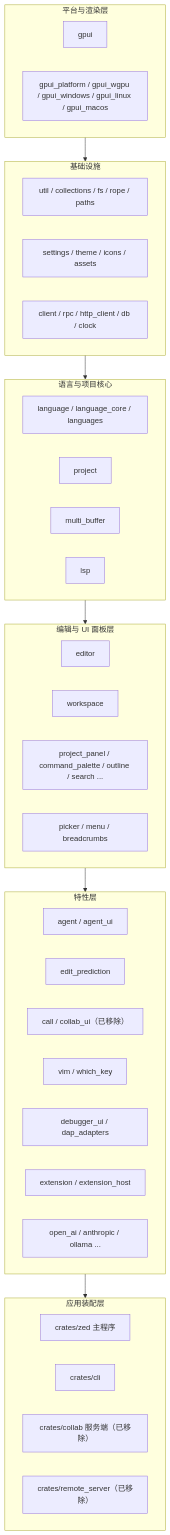
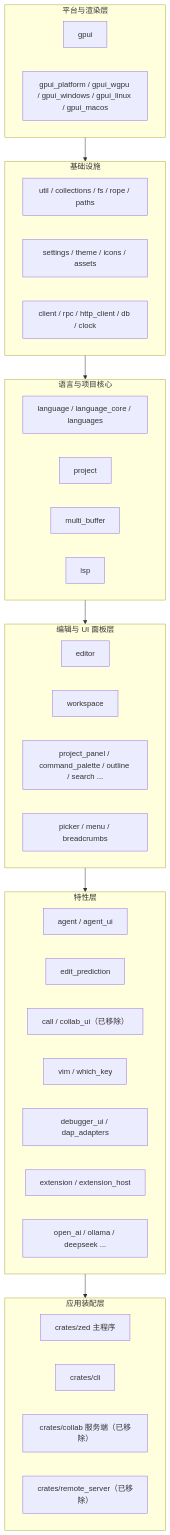
The diagram in wiki/Architecture.md (rzhangjing/zed), drawn with Mermaid before and after one commit. The commit also changed other lines of this file and 270 other files, not shown here.

````diff
--- a/wiki/Architecture.md
+++ b/wiki/Architecture.md
@@ -7,41 +7,41 @@
 ```mermaid
 graph TB
     subgraph L6[应用装配层]
         ZED[crates/zed 主程序]
         CLI[crates/cli]
         COLLAB["crates/collab 服务端（已移除）"]
         RS["crates/remote_server（已移除）"]
     end
     subgraph L5[特性层]
         AGENT[agent / agent_ui]
         PRED[edit_prediction]
         CALL["call / collab_ui（已移除）"]
         VIM[vim / which_key]
         DBG[debugger_ui / dap_adapters]
         EXT[extension / extension_host]
-        PROV[open_ai / anthropic / ollama ...]
+        PROV[open_ai / ollama / deepseek ...]
     end
     subgraph L4[编辑与 UI 面板层]
         EDITOR[editor]
         WS[workspace]
         PANELS[project_panel / command_palette / outline / search ...]
         PICKER[picker / menu / breadcrumbs]
     end
     subgraph L3[语言与项目核心]
         LANG[language / language_core / languages]
         PROJ[project]
         MB[multi_buffer]
         LSP[lsp]
     end
     subgraph L2[基础设施]
         UTIL[util / collections / fs / rope / paths]
         SET[settings / theme / icons / assets]
         NET[client / rpc / http_client / db / clock]
     end
     subgraph L1[平台与渲染层]
         GPUI[gpui]
         PLAT[gpui_platform / gpui_wgpu / gpui_windows / gpui_linux / gpui_macos]
     end
 
     L1 --> L2 --> L3 --> L4 --> L5 --> L6
 ```
````
